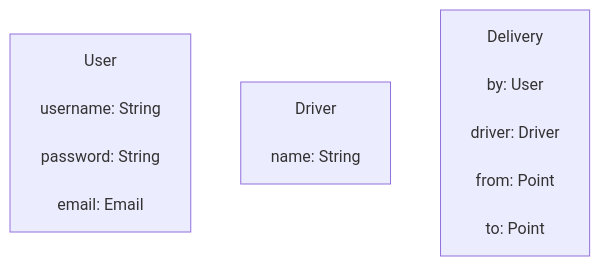
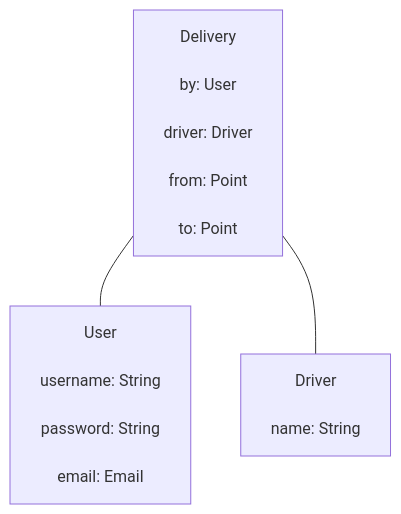
One commit to andreRBarata/WebMDeliveries changed the diagram in README.md. Above: the diagram before and after it, drawn with Mermaid. The commit also changed 31 other files, not shown here.

````diff
--- a/README.md
+++ b/README.md
@@ -3,21 +3,24 @@
 ``` mermaid
 graph TD
 	User["User<br/>
 		username: String<br/>
 		password: String<br/>
 		email: Email<br/>
 	"]
 
 
 	Driver["Driver<br/>
 		name: String<br/>
 	"]
 
 
 	Delivery["Delivery<br/>
 		by: User<br/>
 		driver: Driver<br/>
 		from: Point<br/>
 		to: Point
 	"]
+
+	Delivery --- User
+	Delivery --- Driver
 ```
````
